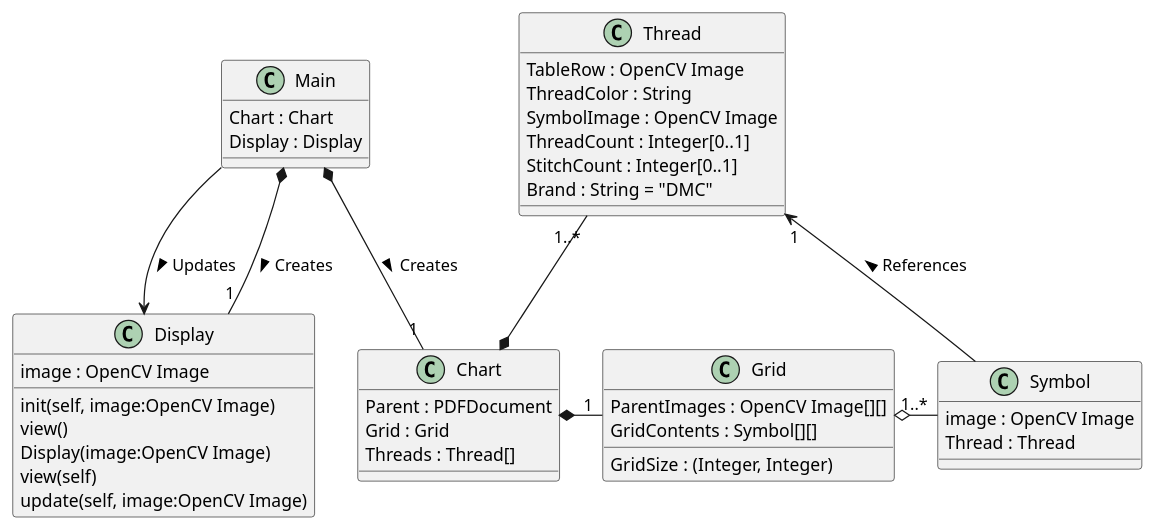
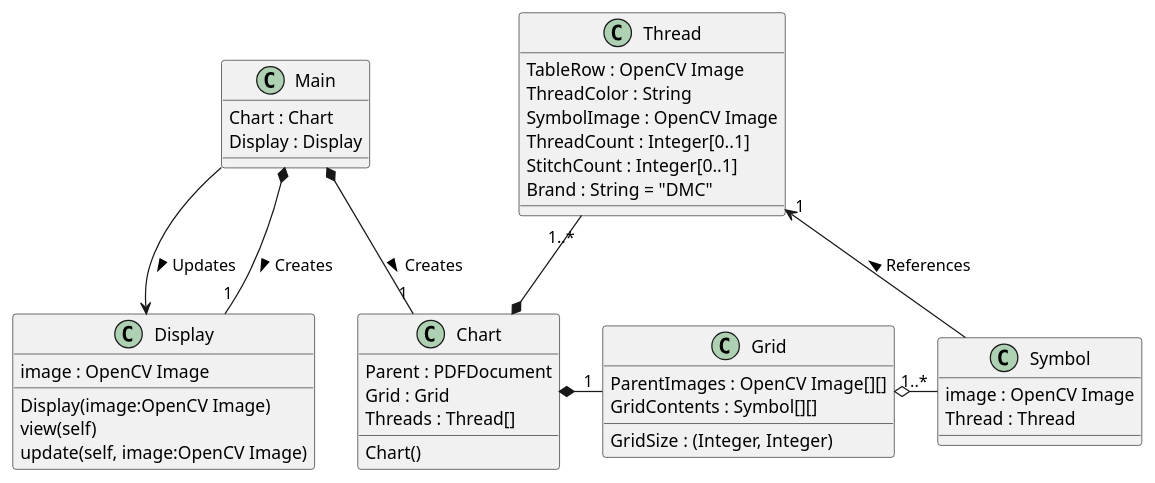
The diagram in doc/classes.md (Badwolf369/PatternSeer), drawn with PlantUML before and after one commit.

Commit message:
Adjust class diagram notation to C# notation

```diff
--- a/doc/classes.md
+++ b/doc/classes.md
@@ -1,46 +1,45 @@
 @startuml
 class Main {
     Chart : Chart
     Display : Display
 }
 
 class Display {
     image : OpenCV Image
-    init(self, image:OpenCV Image)
-    view()
     Display(image:OpenCV Image)
     view(self)
     update(self, image:OpenCV Image)
 }
 Display "1" -u-* Main : < Creates
 Display <-u- Main : < Updates
 
 class Chart {
     Parent : PDFDocument
     Grid : Grid
     Threads : Thread[]
+    Chart()
 }
 class Grid {
     ParentImages : OpenCV Image[][]
     GridSize : (Integer, Integer)
     GridContents : Symbol[][]
 }
 class Symbol {
     image : OpenCV Image
     Thread : Thread
 }
 class Thread {
     TableRow : OpenCV Image
     ThreadColor : String
     SymbolImage : OpenCV Image
     ThreadCount : Integer[0..1]
     StitchCount : Integer[0..1]
     Brand : String = "DMC"
 }
 
 Chart "1" -u-* Main : < Creates
 Thread "1..*" -d-* Chart
 Thread "1" <-d- Symbol: < References
 Symbol "1..*" -l-o Grid
 Grid "1" -l-* Chart
 @enduml
```
